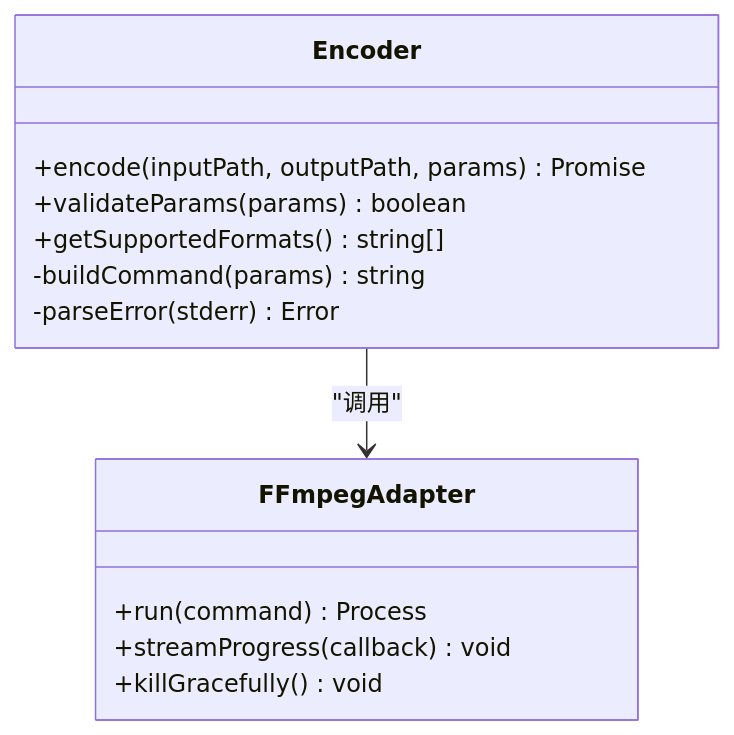
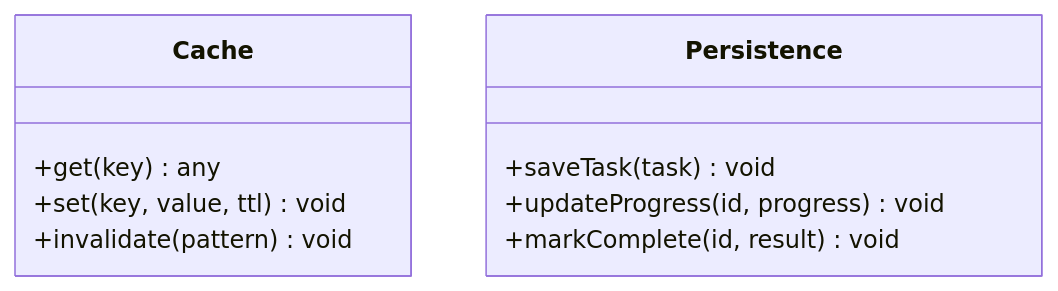
One commit to scottcwy/PurpleInk changed the ninth of 12 diagrams in .qoder/repowiki/zh/content/渲染引擎/渲染引擎.md. Above: the diagram before and after it, drawn with Mermaid. The commit also changed other lines of this file and 872 other files, not shown here.

````diff
--- a/.qoder/repowiki/zh/content/渲染引擎/渲染引擎.md
+++ b/.qoder/repowiki/zh/content/渲染引擎/渲染引擎.md
@@ -312,16 +334,13 @@
 ```mermaid
 classDiagram
-class Encoder {
-+encode(inputPath, outputPath, params) Promise
-+validateParams(params) boolean
-+getSupportedFormats() string[]
--buildCommand(params) string
--parseError(stderr) Error
+class Cache {
++get(key) any
++set(key, value, ttl) void
++invalidate(pattern) void
 }
-class FFmpegAdapter {
-+run(command) Process
-+streamProgress(callback) void
-+killGracefully() void
+class Persistence {
++saveTask(task) void
++updateProgress(id, progress) void
++markComplete(id, result) void
 }
-Encoder --> FFmpegAdapter : "调用"
 ```
````
